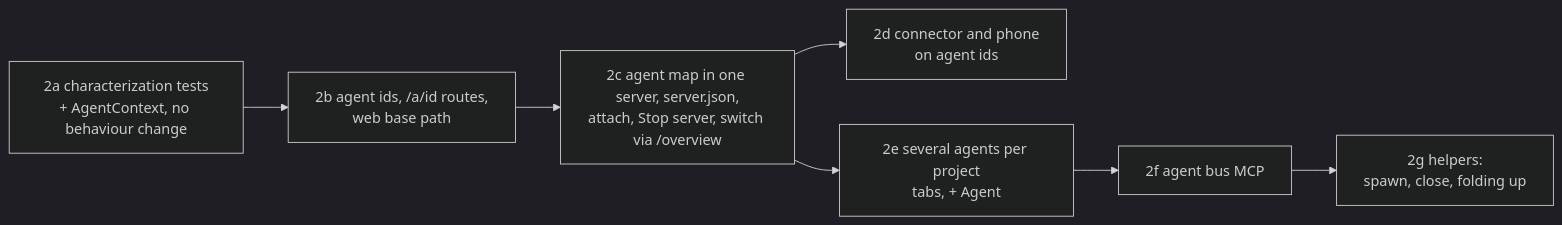
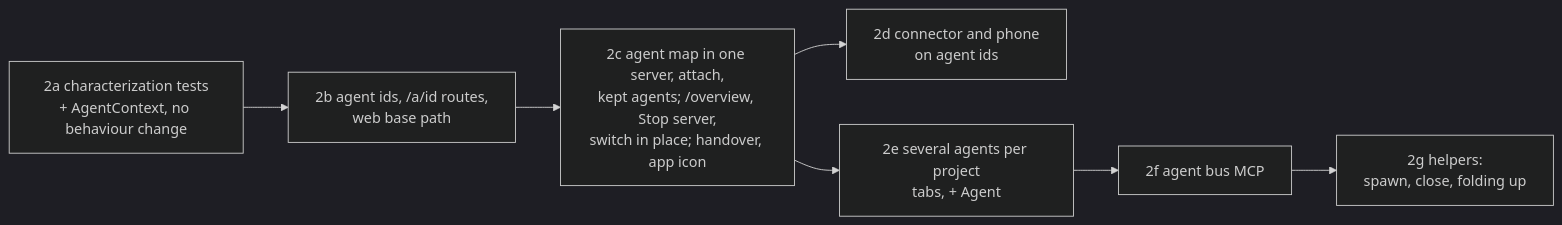
One commit to iCubeDm/nota-bene-ide changed the sixth of 6 diagrams in docs/superpowers/specs/2026-11-22-one-server-and-agent-bus-design.md. Above: the diagram before and after it, drawn with Mermaid (dark theme). The commit also changed other lines of this file and 19 other files, not shown here.

First line of the commit message:
gh-383: open a folder in the running server (phase 2c, part 2: attach) (#587)

````diff
--- a/docs/superpowers/specs/2026-11-22-one-server-and-agent-bus-design.md
+++ b/docs/superpowers/specs/2026-11-22-one-server-and-agent-bus-design.md
@@ -258,8 +262,8 @@
 ```mermaid
 flowchart LR
   A[2a characterization tests<br/>+ AgentContext, no behaviour change] --> B[2b agent ids, /a/id routes,<br/>web base path]
-  B --> C[2c agent map in one server, server.json,<br/>attach, Stop server, switch via /overview]
+  B --> C[2c agent map in one server, attach,<br/>kept agents; /overview, Stop server,<br/>switch in place; handover, app icon]
   C --> D[2d connector and phone<br/>on agent ids]
   C --> E[2e several agents per project<br/>tabs, + Agent]
   E --> F[2f agent bus MCP] --> G[2g helpers:<br/>spawn, close, folding up]
 ```
````
